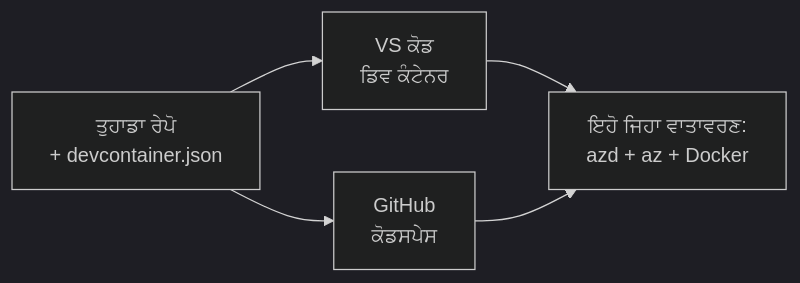
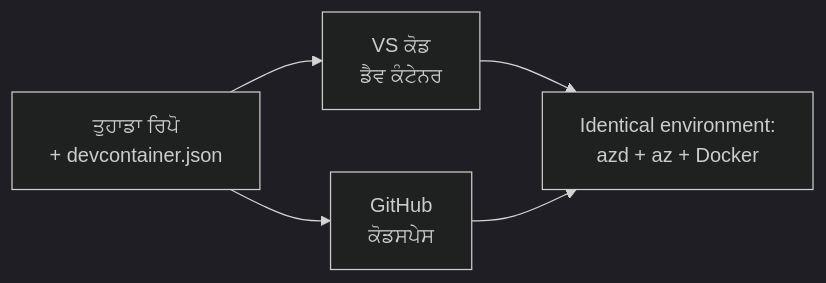
One commit to microsoft/AZD-for-beginners changed the diagram in translations/pa/docs/chapter-01-foundation/dev-containers.md. Above: the diagram before and after it, drawn with Mermaid (dark theme). The commit also changed other lines of this file and 59 other files, not shown here.

````diff
--- a/translations/pa/docs/chapter-01-foundation/dev-containers.md
+++ b/translations/pa/docs/chapter-01-foundation/dev-containers.md
@@ -41,7 +41,7 @@
 ```mermaid
 graph LR
-    Repo[ਤੁਹਾਡਾ ਰੇਪੋ<br/>+ devcontainer.json] --> VSCode[VS ਕੋਡ<br/>ਡਿਵ ਕੰਟੇਨਰ]
+    Repo[ਤੁਹਾਡਾ ਰਿਪੋ<br/>+ devcontainer.json] --> VSCode[VS ਕੋਡ<br/>ਡੈਵ ਕੰਟੇਨਰ]
     Repo --> Codespaces[GitHub<br/>ਕੋਡਸਪੇਸ]
-    VSCode --> Env[ਇਹੋ ਜਿਹਾ ਵਾਤਾਵਰਣ:<br/>azd + az + Docker]
+    VSCode --> Env[Identical environment:<br/>azd + az + Docker]
     Codespaces --> Env
 ```
````
